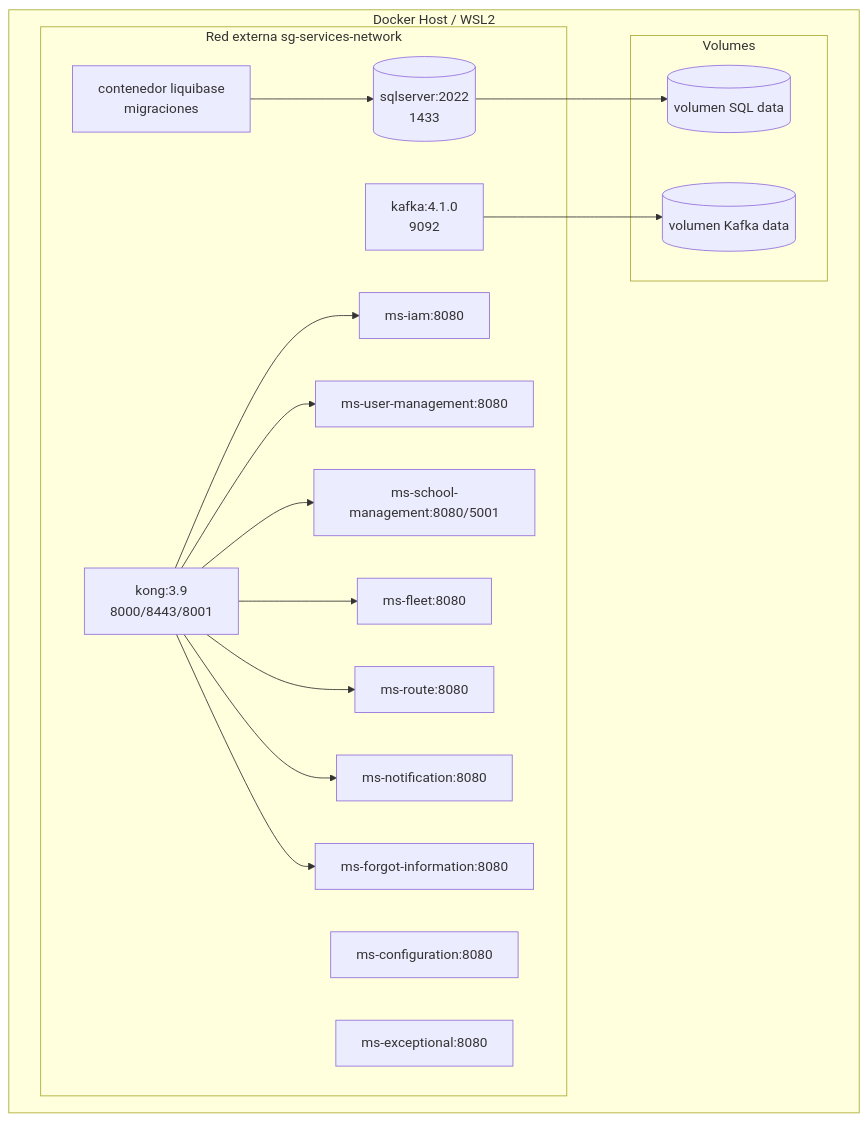
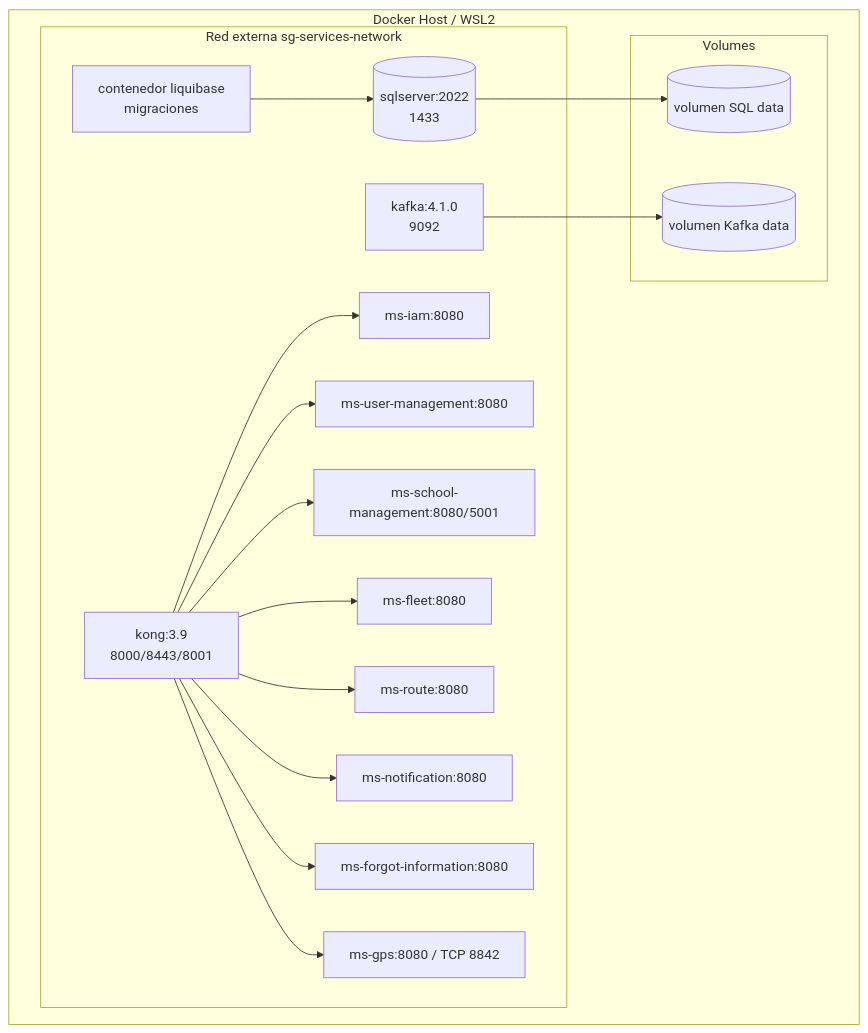
Before and after one commit to school-guardian-project/sg-documentation: the fourth of 12 diagrams in Manuales/es/Manual-Tecnico-Guardian-Escolar.md, drawn with Mermaid. The commit also changed other lines of this file and 1 other file, not shown here.

````diff
--- a/Manuales/es/Manual-Tecnico-Guardian-Escolar.md
+++ b/Manuales/es/Manual-Tecnico-Guardian-Escolar.md
@@ -337,28 +333,27 @@
 ```mermaid
 flowchart TB
     subgraph Host[Docker Host / WSL2]
         subgraph Net["Red externa sg-services-network"]
             KC[kong:3.9\n8000/8443/8001]
             KI[ms-iam:8080]
             KU[ms-user-management:8080]
             KS[ms-school-management:8080/5001]
             KF[ms-fleet:8080]
             KR[ms-route:8080]
             KN[ms-notification:8080]
             KX[ms-forgot-information:8080]
-            KCO[ms-configuration:8080]
-            KEX[ms-exceptional:8080]
+            KG[ms-gps:8080 / TCP 8842]
             KK[kafka:4.1.0\n9092]
             DB[(sqlserver:2022\n1433)]
             LB[contenedor liquibase\nmigraciones]
         end
         subgraph Volumes
             V1[(volumen SQL data)]
             V2[(volumen Kafka data)]
         end
     end
     LB --> DB
     DB --> V1
     KK --> V2
-    KC --> KI & KU & KS & KF & KR & KN & KX
+    KC --> KI & KU & KS & KF & KR & KN & KX & KG
 ```
````
